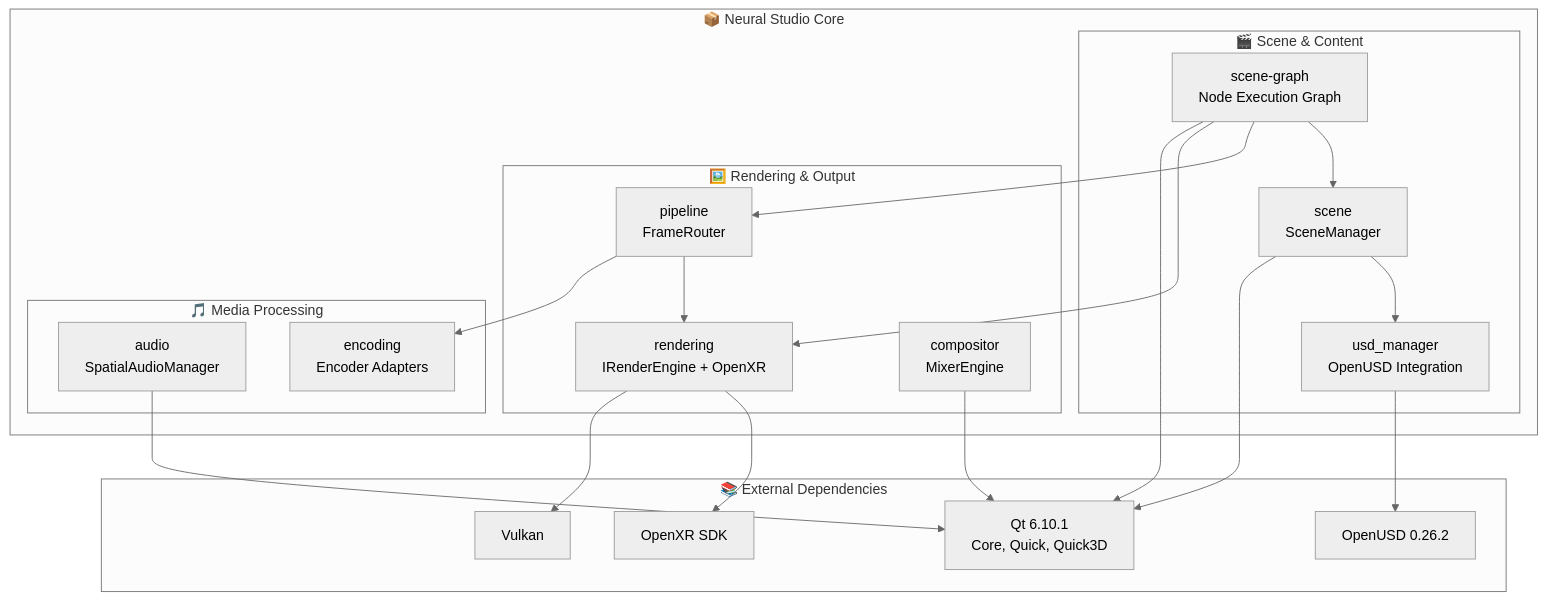
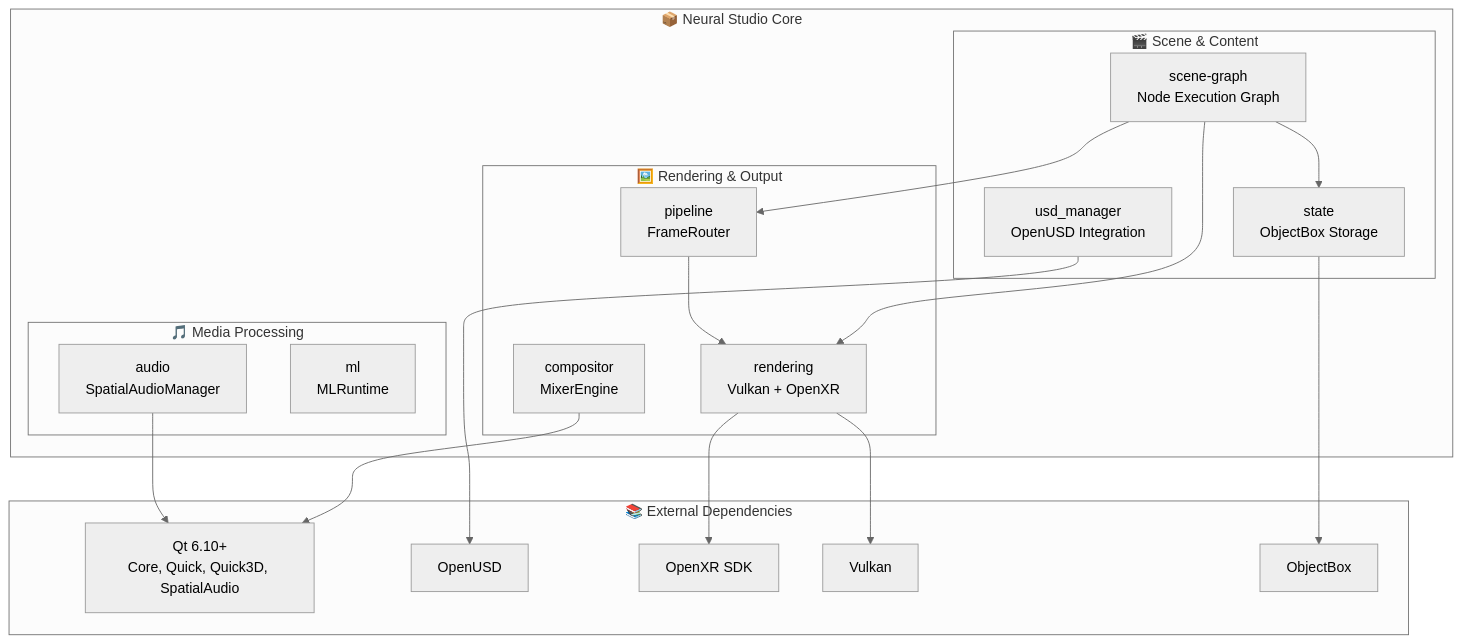
Before and after one commit to jknohr/VRobs-studio: the diagram in core/README_core.md, drawn with Mermaid (neutral theme). The commit also changed other lines of this file and 948 other files, not shown here.

````diff
--- a/core/README_core.md
+++ b/core/README_core.md
@@ -9,43 +29,40 @@
 ```mermaid
 graph TD
     subgraph "📦 Neural Studio Core"
         subgraph "🎬 Scene & Content"
             SG["scene-graph<br/>Node Execution Graph"]
-            SC["scene<br/>SceneManager"]
             USD["usd_manager<br/>OpenUSD Integration"]
+            STATE["state<br/>ObjectBox Storage"]
         end
 
         subgraph "🖼️ Rendering & Output"
-            RND["rendering<br/>IRenderEngine + OpenXR"]
+            RND["rendering<br/>Vulkan + OpenXR"]
             PIPE["pipeline<br/>FrameRouter"]
             COMP["compositor<br/>MixerEngine"]
         end
 
         subgraph "🎵 Media Processing"
             AUD["audio<br/>SpatialAudioManager"]
-            ENC["encoding<br/>Encoder Adapters"]
+            ML["ml<br/>MLRuntime"]
         end
     end
 
     subgraph "📚 External Dependencies"
-        QT["Qt 6.10.1<br/>Core, Quick, Quick3D"]
-        OUSD["OpenUSD 0.26.2"]
+        QT["Qt 6.10+<br/>Core, Quick, Quick3D, SpatialAudio"]
+        OUSD["OpenUSD"]
         OXR["OpenXR SDK"]
         VK["Vulkan"]
+        OBX["ObjectBox"]
     end
 
-    %% Dependencies
-    SG --> SC
+    SG --> STATE
     SG --> PIPE
     SG --> RND
-    SC --> USD
     USD --> OUSD
     RND --> OXR
     RND --> VK
     PIPE --> RND
-    PIPE --> ENC
     COMP --> QT
-    SC --> QT
-    SG --> QT
+    STATE --> OBX
     AUD --> QT
 ```
````
